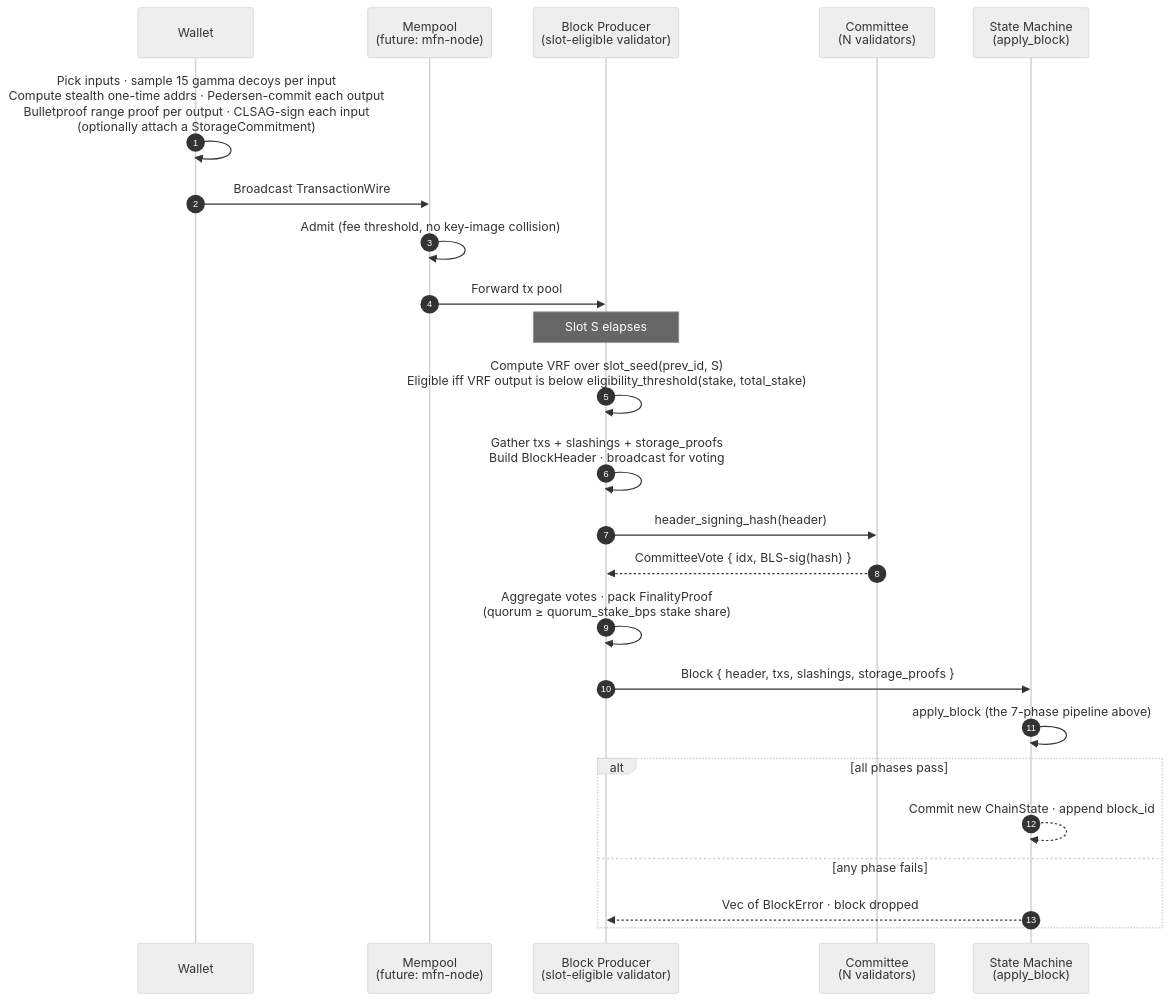
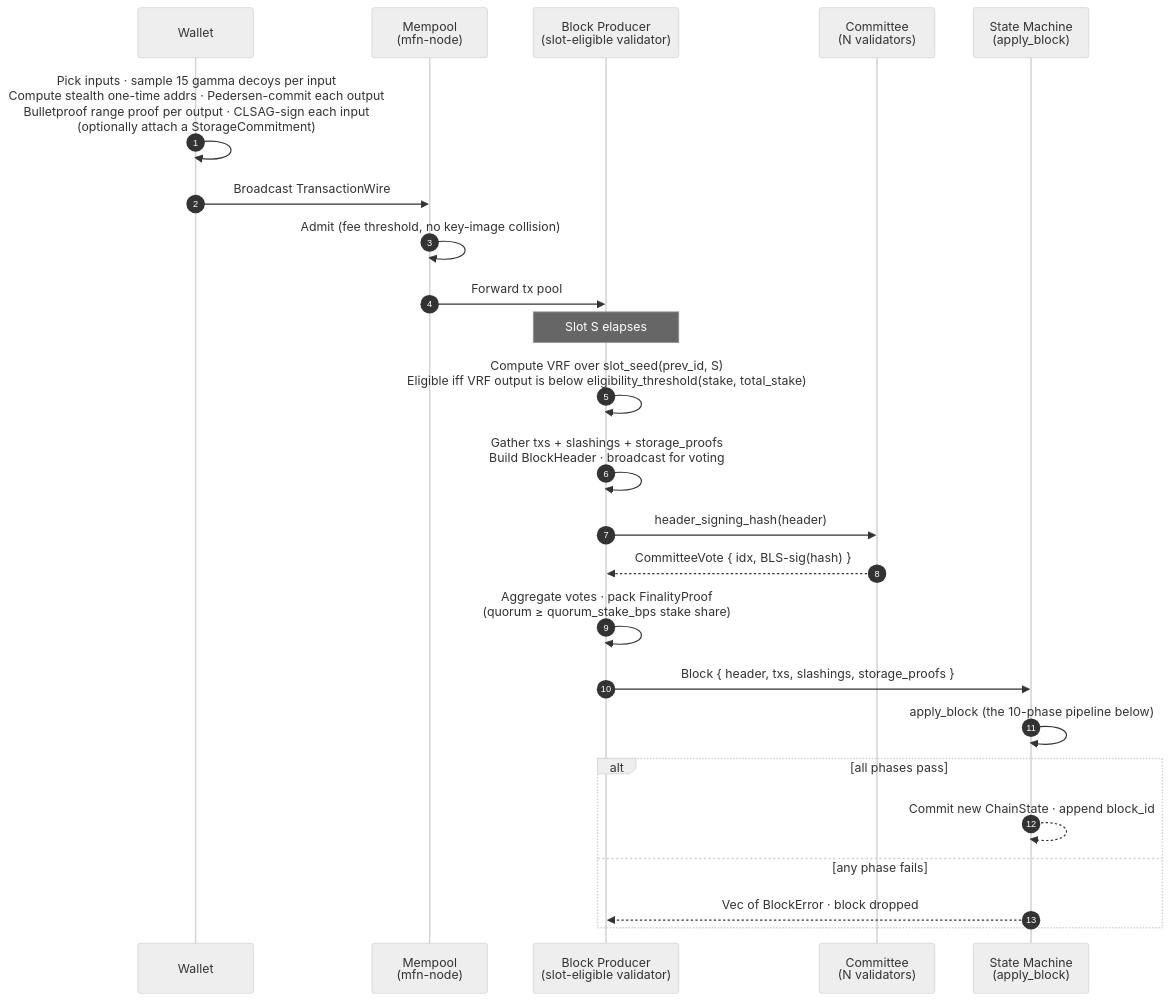
The diagram in docs/ARCHITECTURE.md (shanecloonan/permawrite), drawn with Mermaid (neutral theme) before and after one commit. The commit also changed other lines of this file and 2 other files, not shown here.

First line of the commit message:
docs: align apply_block and stack diagrams with current code

````diff
--- a/docs/ARCHITECTURE.md
+++ b/docs/ARCHITECTURE.md
@@ -322,30 +322,30 @@
 ```mermaid
 sequenceDiagram
     autonumber
     participant W as Wallet
-    participant M as Mempool<br/>(future: mfn-node)
+    participant M as Mempool<br/>(mfn-node)
     participant P as Block Producer<br/>(slot-eligible validator)
     participant C as Committee<br/>(N validators)
     participant S as State Machine<br/>(apply_block)
 
     W->>W: Pick inputs · sample 15 gamma decoys per input<br/>Compute stealth one-time addrs · Pedersen-commit each output<br/>Bulletproof range proof per output · CLSAG-sign each input<br/>(optionally attach a StorageCommitment)
     W->>M: Broadcast TransactionWire
     M->>M: Admit (fee threshold, no key-image collision)
     M->>P: Forward tx pool
 
     Note over P: Slot S elapses
     P->>P: Compute VRF over slot_seed(prev_id, S)<br/>Eligible iff VRF output is below eligibility_threshold(stake, total_stake)
     P->>P: Gather txs + slashings + storage_proofs<br/>Build BlockHeader · broadcast for voting
 
     P->>C: header_signing_hash(header)
     C-->>P: CommitteeVote { idx, BLS-sig(hash) }
     P->>P: Aggregate votes · pack FinalityProof<br/>(quorum ≥ quorum_stake_bps stake share)
     P->>S: Block { header, txs, slashings, storage_proofs }
 
-    S->>S: apply_block (the 7-phase pipeline above)
+    S->>S: apply_block (the 10-phase pipeline below)
     alt all phases pass
         S-->>S: Commit new ChainState · append block_id
     else any phase fails
         S-->>P: Vec of BlockError · block dropped
     end
 ```
````
